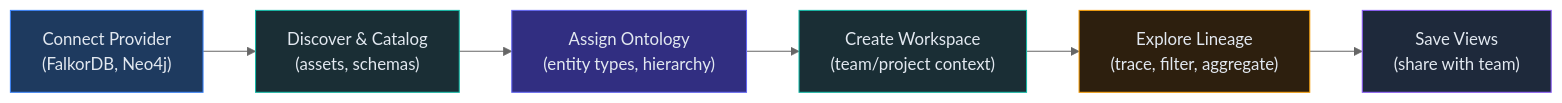
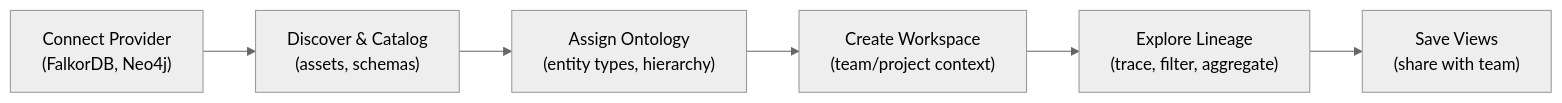
Before and after one commit to rkrumins/dataviz: the third of 10 diagrams in docs/OVERVIEW.md, drawn with Mermaid (neutral theme). The commit also changed other lines of this file and 46 other files, not shown here.

````diff
--- a/docs/OVERVIEW.md
+++ b/docs/OVERVIEW.md
@@ -166,15 +165,9 @@
 ```mermaid
 graph LR
     A["Connect Provider<br/>(FalkorDB, Neo4j)"] --> B["Discover & Catalog<br/>(assets, schemas)"]
     B --> C["Assign Ontology<br/>(entity types, hierarchy)"]
     C --> D["Create Workspace<br/>(team/project context)"]
     D --> E["Explore Lineage<br/>(trace, filter, aggregate)"]
     E --> F["Save Views<br/>(share with team)"]
 
-    style A fill:#1e3a5f,stroke:#3b82f6,color:#e2e8f0
-    style B fill:#1a2e35,stroke:#14b8a6,color:#e2e8f0
-    style C fill:#312e81,stroke:#6366f1,color:#e2e8f0
-    style D fill:#1a2e35,stroke:#14b8a6,color:#e2e8f0
-    style E fill:#2d1f0e,stroke:#f59e0b,color:#e2e8f0
-    style F fill:#1e293b,stroke:#8b5cf6,color:#e2e8f0
 ```
````
